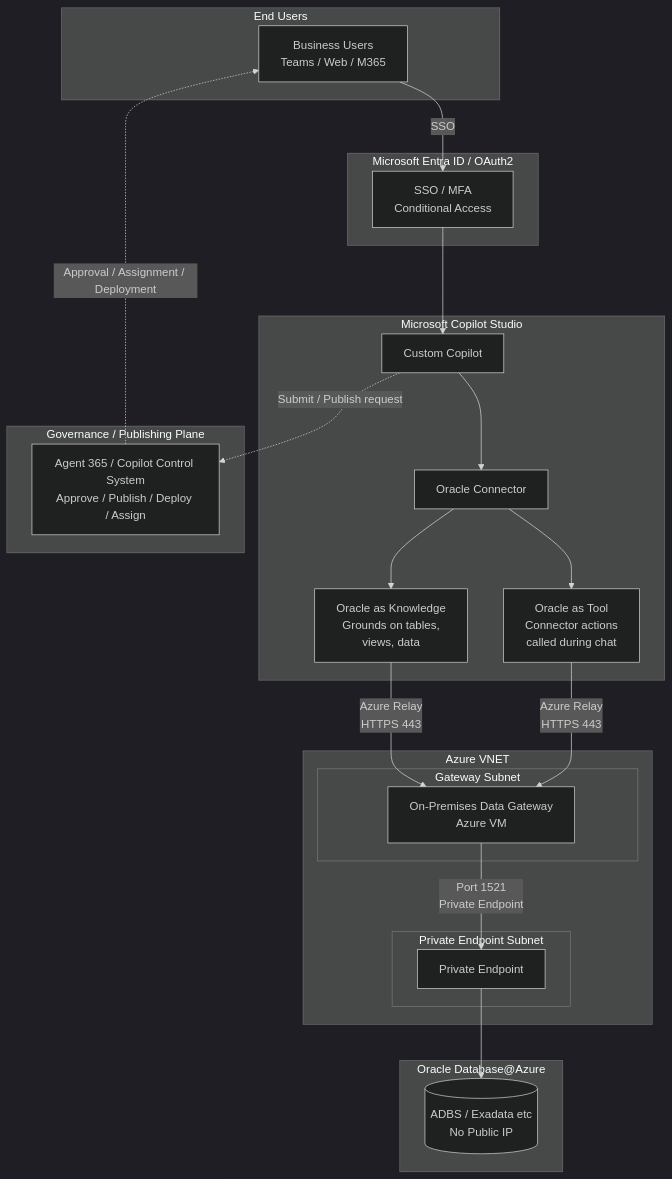
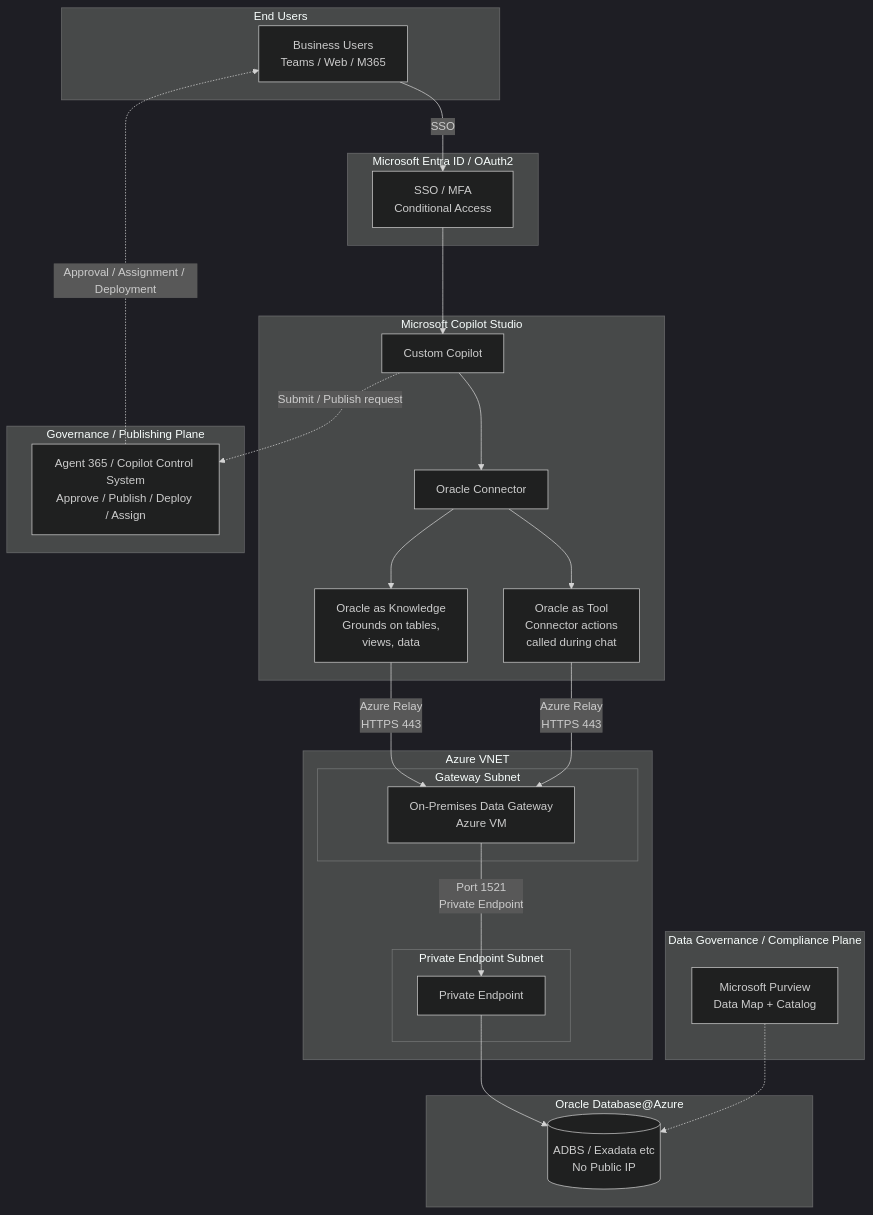
The first of 10 diagrams in docs/02-reference-architectures.md (ryellajo12/ODAA-AI-Playbook), drawn with Mermaid (dark theme) before and after one commit. The commit also changed other lines of this file, not shown here.

````diff
--- a/docs/02-reference-architectures.md
+++ b/docs/02-reference-architectures.md
@@ -27,47 +27,52 @@
 ```mermaid
 graph TB
     subgraph Users[End Users]
         BU[Business Users<br/>Teams / Web / M365]
     end
 
     subgraph EntraID[Microsoft Entra ID / OAuth2]
         AUTH[SSO / MFA<br/>Conditional Access]
     end
 
     subgraph CS[Microsoft Copilot Studio]
         COP[Custom Copilot]
         C[Oracle Connector]
         K[Oracle as Knowledge<br/>Grounds on tables,<br/>views, data]
         T[Oracle as Tool<br/>Connector actions<br/>called during chat]
+    end
+
+    subgraph PURV[Data Governance / Compliance Plane]
+        PURVIEW[Microsoft Purview<br/>Data Map + Catalog]
     end
 
     subgraph GOV[Governance / Publishing Plane]
         A365[Agent 365 / Copilot Control System<br/>Approve / Publish / Deploy / Assign]
     end
 
     subgraph VNET[Azure VNET]
         subgraph GWSub[Gateway Subnet]
             GATEWAY[On-Premises Data Gateway<br/>Azure VM]
         end
         subgraph PESub[Private Endpoint Subnet]
             PE[Private Endpoint]
         end
     end
 
     subgraph ODA[Oracle Database@Azure]
         DB[(ADBS / Exadata etc<br/>No Public IP)]
     end
 
     BU -->|SSO| AUTH
     AUTH --> COP
     COP --> C
     C --> K
     C --> T
     K -->|Azure Relay<br/>HTTPS 443| GATEWAY
     T -->|Azure Relay<br/>HTTPS 443| GATEWAY
     GATEWAY -->|Port 1521<br/>Private Endpoint| PE
     PE --> DB
 
     COP -.->|Submit / Publish request| A365
     A365 -.->|Approval / Assignment / Deployment| BU
+    PURVIEW -.-> DB
 ```
````
